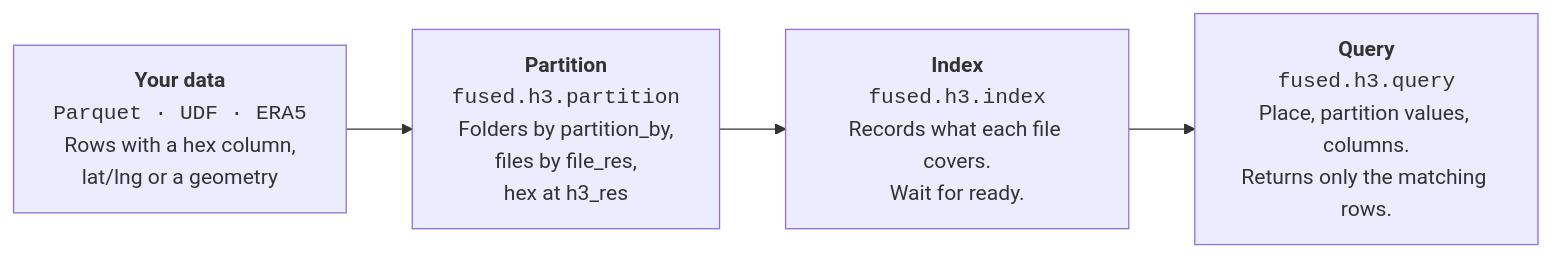
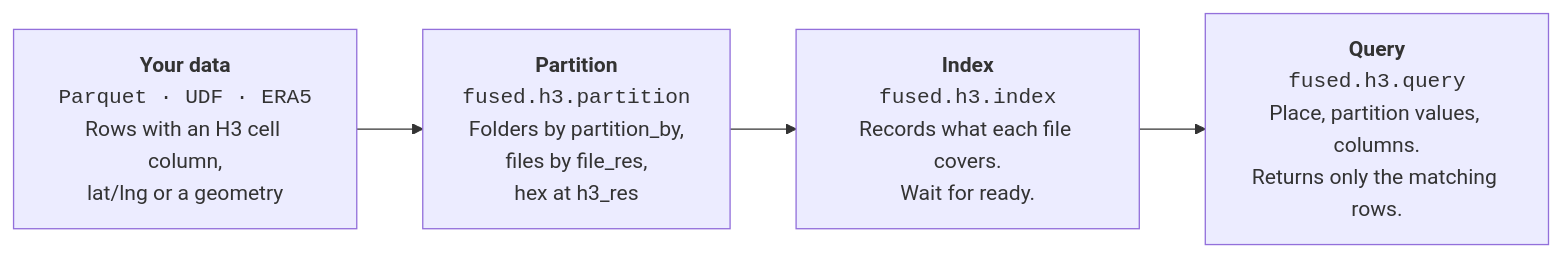
The diagram in docs/guide/h3-analytics/data-retrieval-end-to-end.mdx (fusedio/fused-docs), drawn with Mermaid before and after one commit. The commit also changed other lines of this file and 1 other file, not shown here.

````diff
--- a/docs/guide/h3-analytics/data-retrieval-end-to-end.mdx
+++ b/docs/guide/h3-analytics/data-retrieval-end-to-end.mdx
@@ -13,8 +13,8 @@
 ```mermaid
 flowchart LR
-    A["<b>Your data</b><br/><code>Parquet · UDF · ERA5</code><br/>Rows with a hex column,<br/>lat/lng or a geometry"]
+    A["<b>Your data</b><br/><code>Parquet · UDF · ERA5</code><br/>Rows with an H3 cell column,<br/>lat/lng or a geometry"]
     B["<b>Partition</b><br/><code>fused.h3.partition</code><br/>Folders by partition_by,<br/>files by file_res,<br/>hex at h3_res"]
     C["<b>Index</b><br/><code>fused.h3.index</code><br/>Records what each file covers.<br/>Wait for ready."]
     D["<b>Query</b><br/><code>fused.h3.query</code><br/>Place, partition values, columns.<br/>Returns only the matching rows."]
     A --> B --> C --> D
 ```
````
